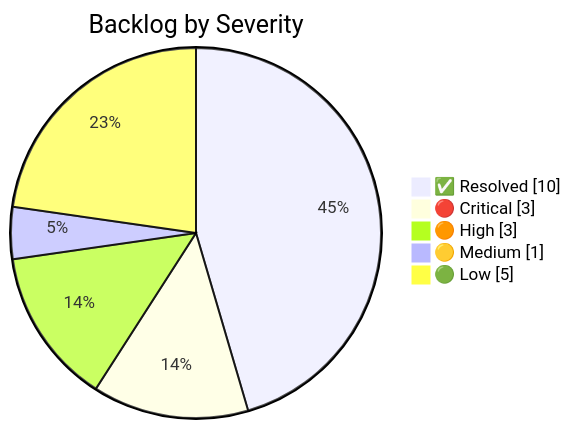
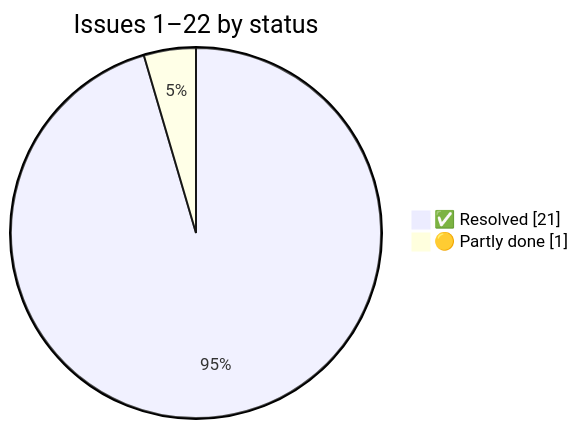
One commit to anurag-joshi-1403/StudentManagementSystem changed the fifth of 5 diagrams in PROJECT_ROADMAP.md. Above: the diagram before and after it, drawn with Mermaid. The commit also changed other lines of this file and 59 other files, not shown here.

````diff
--- a/PROJECT_ROADMAP.md
+++ b/PROJECT_ROADMAP.md
@@ -625,9 +610,6 @@
 ```mermaid
 pie showData
-    title Backlog by Severity
-    "✅ Resolved" : 10
-    "🔴 Critical" : 3
-    "🟠 High" : 3
-    "🟡 Medium" : 1
-    "🟢 Low" : 5
+    title Issues 1–22 by status
+    "✅ Resolved" : 21
+    "🟡 Partly done" : 1
 ```
````
